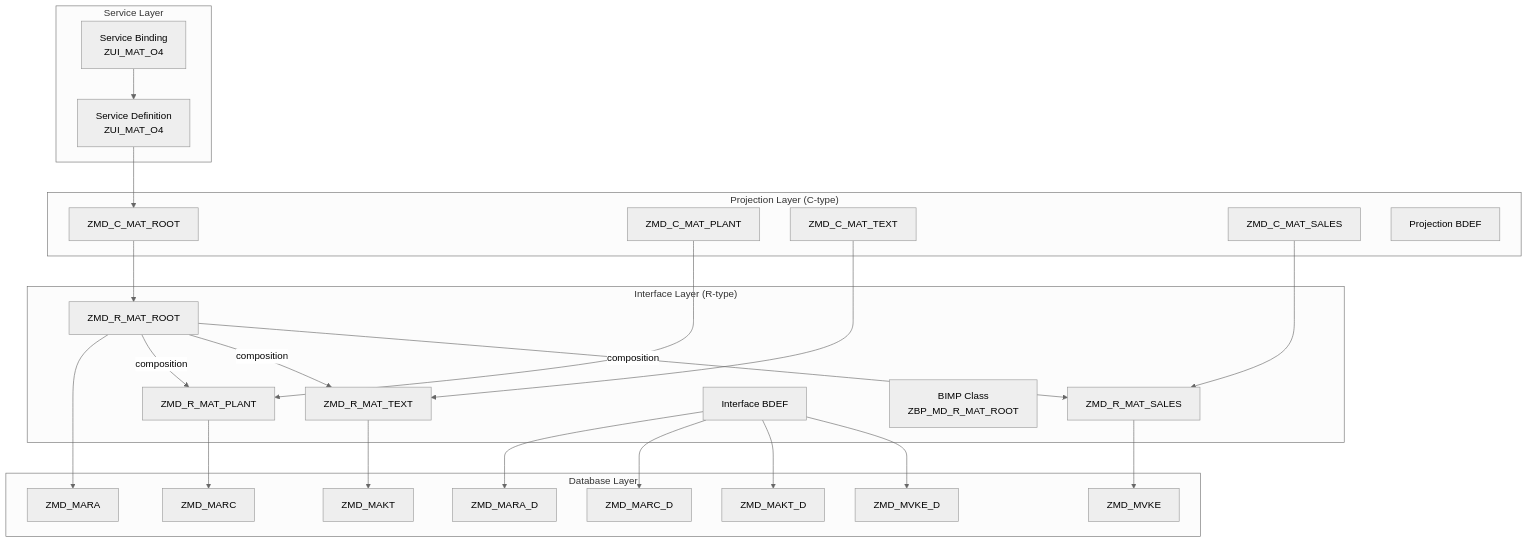
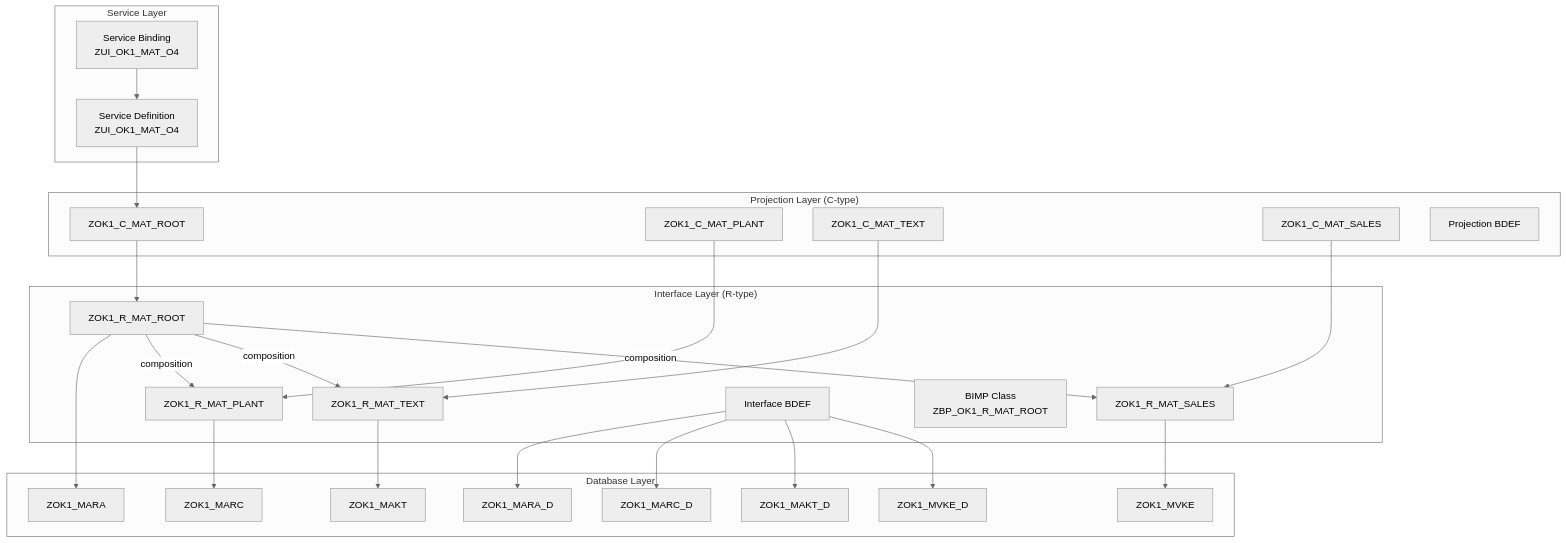
Before and after one commit to fr0ster/cloud-llm-hub: the second of 10 diagrams in docs/tutorials/rap-bo-creation.md, drawn with Mermaid (neutral theme). The commit also changed other lines of this file, not shown here.

````diff
--- a/docs/tutorials/rap-bo-creation.md
+++ b/docs/tutorials/rap-bo-creation.md
@@ -34,54 +64,54 @@
 ```mermaid
 graph TB
     subgraph "Service Layer"
-        SD[Service Definition<br/>ZUI_MAT_O4]
-        SB[Service Binding<br/>ZUI_MAT_O4]
+        SD[Service Definition<br/>ZUI_OK1_MAT_O4]
+        SB[Service Binding<br/>ZUI_OK1_MAT_O4]
     end
 
     subgraph "Projection Layer (C-type)"
-        CP_ROOT[ZMD_C_MAT_ROOT]
-        CP_PLANT[ZMD_C_MAT_PLANT]
-        CP_TEXT[ZMD_C_MAT_TEXT]
-        CP_SALES[ZMD_C_MAT_SALES]
+        CP_ROOT[ZOK1_C_MAT_ROOT]
+        CP_PLANT[ZOK1_C_MAT_PLANT]
+        CP_TEXT[ZOK1_C_MAT_TEXT]
+        CP_SALES[ZOK1_C_MAT_SALES]
         BDEF_P[Projection BDEF]
     end
 
     subgraph "Interface Layer (R-type)"
-        CI_ROOT[ZMD_R_MAT_ROOT]
-        CI_PLANT[ZMD_R_MAT_PLANT]
-        CI_TEXT[ZMD_R_MAT_TEXT]
-        CI_SALES[ZMD_R_MAT_SALES]
+        CI_ROOT[ZOK1_R_MAT_ROOT]
+        CI_PLANT[ZOK1_R_MAT_PLANT]
+        CI_TEXT[ZOK1_R_MAT_TEXT]
+        CI_SALES[ZOK1_R_MAT_SALES]
         BDEF_I[Interface BDEF]
-        BIMP[BIMP Class<br/>ZBP_MD_R_MAT_ROOT]
+        BIMP[BIMP Class<br/>ZBP_OK1_R_MAT_ROOT]
     end
 
     subgraph "Database Layer"
-        T_MARA[ZMD_MARA]
-        T_MARC[ZMD_MARC]
-        T_MAKT[ZMD_MAKT]
-        T_MVKE[ZMD_MVKE]
-        T_MARA_D[ZMD_MARA_D]
-        T_MARC_D[ZMD_MARC_D]
-        T_MAKT_D[ZMD_MAKT_D]
-        T_MVKE_D[ZMD_MVKE_D]
+        T_MARA[ZOK1_MARA]
+        T_MARC[ZOK1_MARC]
+        T_MAKT[ZOK1_MAKT]
+        T_MVKE[ZOK1_MVKE]
+        T_MARA_D[ZOK1_MARA_D]
+        T_MARC_D[ZOK1_MARC_D]
+        T_MAKT_D[ZOK1_MAKT_D]
+        T_MVKE_D[ZOK1_MVKE_D]
     end
 
     SB --> SD
     SD --> CP_ROOT
     CP_ROOT --> CI_ROOT
     CP_PLANT --> CI_PLANT
     CP_TEXT --> CI_TEXT
     CP_SALES --> CI_SALES
     CI_ROOT --> T_MARA
     CI_PLANT --> T_MARC
     CI_TEXT --> T_MAKT
     CI_SALES --> T_MVKE
     BDEF_I --> T_MARA_D
     BDEF_I --> T_MARC_D
     BDEF_I --> T_MAKT_D
     BDEF_I --> T_MVKE_D
 
     CI_ROOT -- "composition" --> CI_PLANT
     CI_ROOT -- "composition" --> CI_TEXT
     CI_ROOT -- "composition" --> CI_SALES
 ```
````
